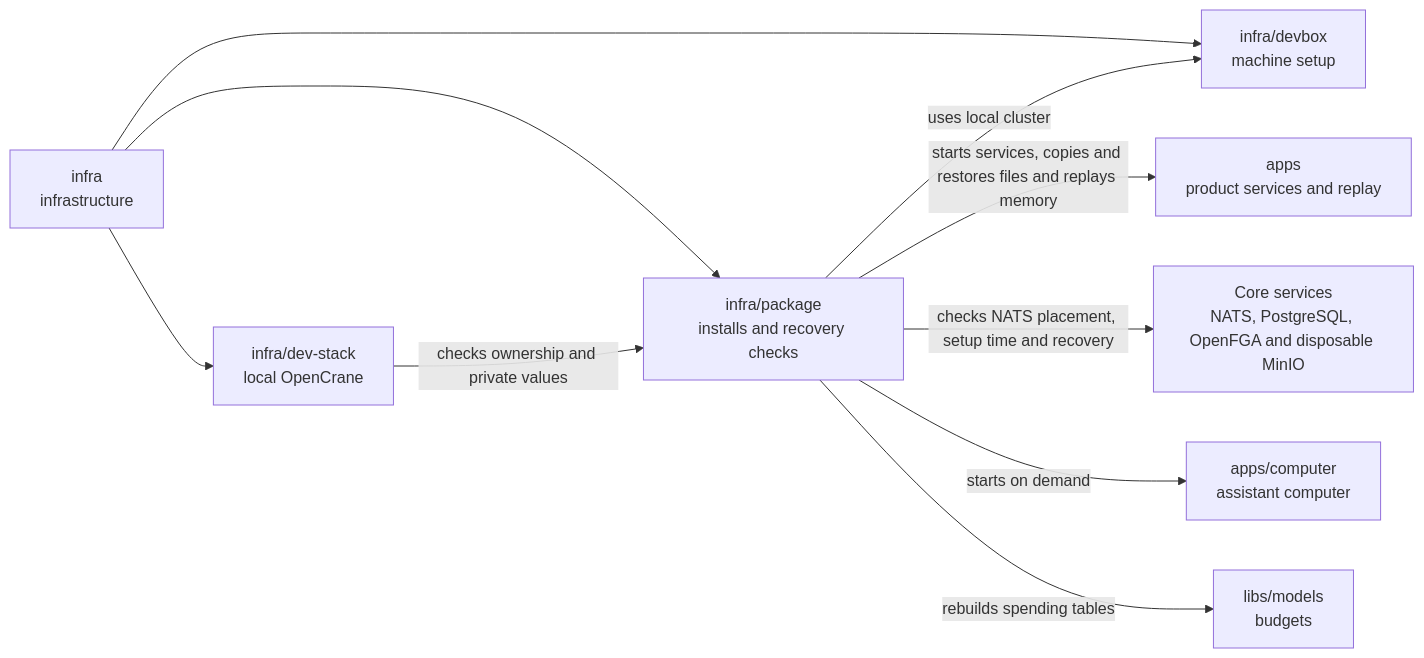
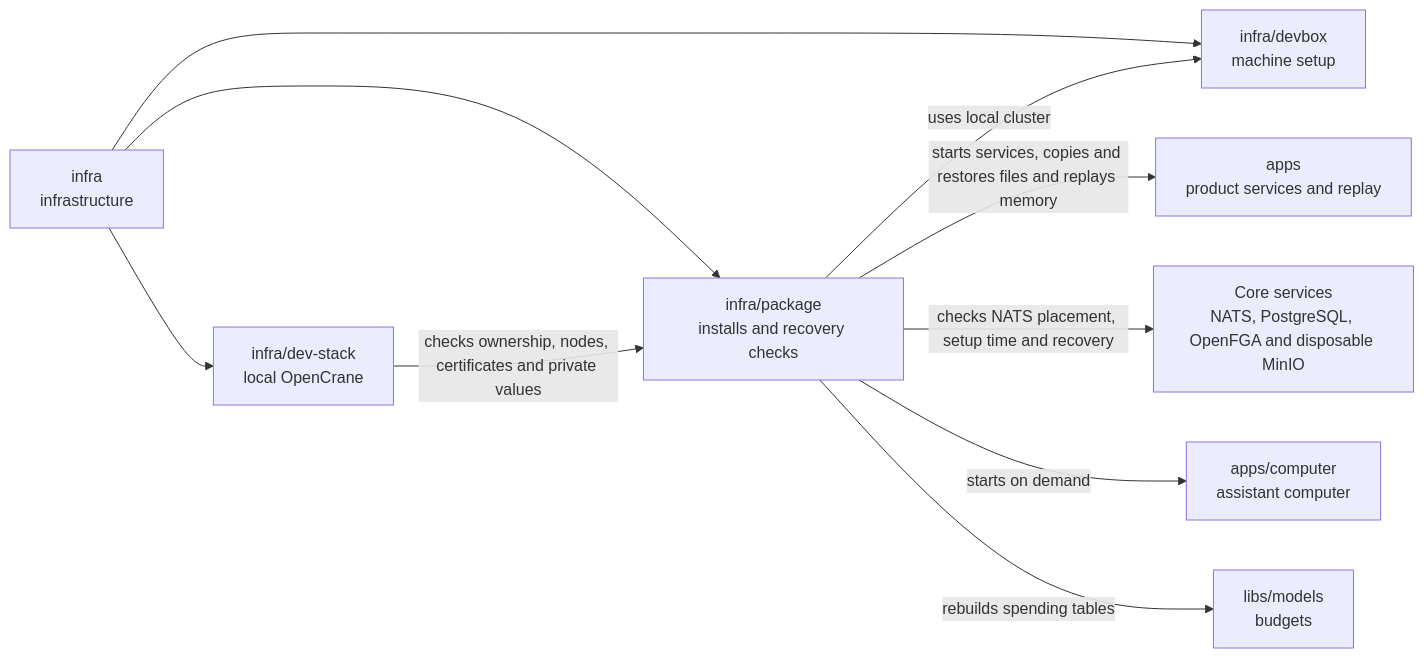
The diagram in infra/package/README.md (elewa-git/opencrane-new), drawn with Mermaid before and after one commit. The commit also changed other lines of this file and 9 other files, not shown here.

````diff
--- a/infra/package/README.md
+++ b/infra/package/README.md
@@ -19,12 +19,12 @@
 ```mermaid
 flowchart LR
   infra["infra<br/>infrastructure"] --> package["infra/package<br/>installs and recovery checks"]
   infra --> stack["infra/dev-stack<br/>local OpenCrane"]
   infra --> devbox["infra/devbox<br/>machine setup"]
-  stack -->|checks ownership and private values| package
+  stack -->|checks ownership, nodes, certificates and private values| package
   package -->|uses local cluster| devbox
   package -->|starts services, copies and restores files and replays memory| apps["apps<br/>product services and replay"]
   package -->|checks NATS placement, setup time and recovery| services["Core services<br/>NATS, PostgreSQL, OpenFGA and disposable MinIO"]
   package -->|starts on demand| computer["apps/computer<br/>assistant computer"]
   package -->|rebuilds spending tables| models["libs/models<br/>budgets"]
 ```
````
